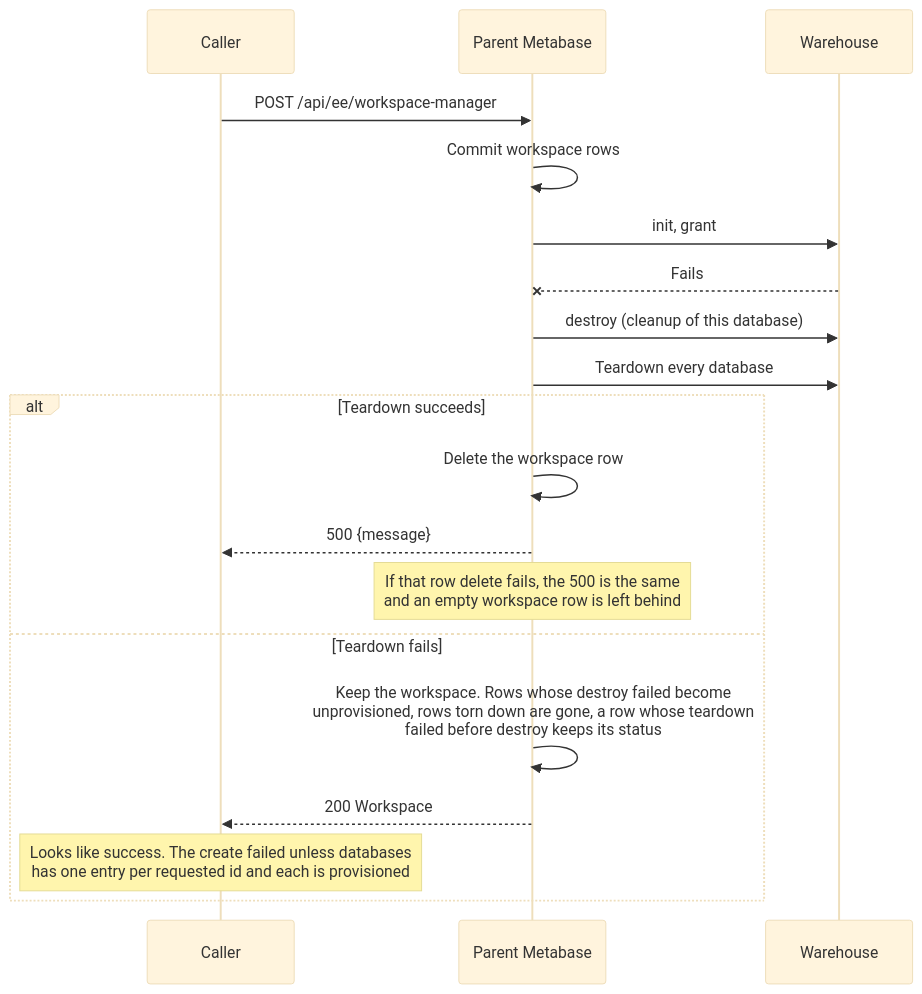
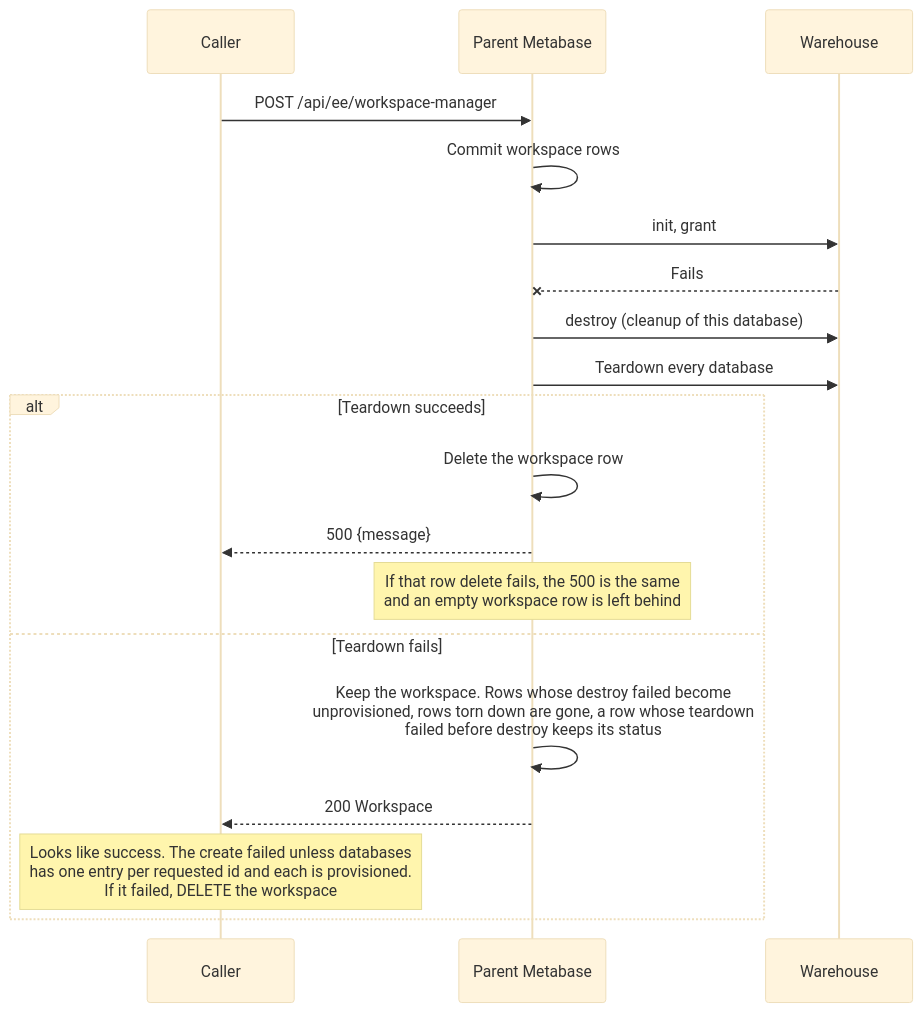
One commit to metabase/metabase changed the second of 7 diagrams in contracts/workspaces/README.md. Above: the diagram before and after it, drawn with Mermaid (base theme). The commit also changed other lines of this file and 2 other files, not shown here.

````diff
--- a/contracts/workspaces/README.md
+++ b/contracts/workspaces/README.md
@@ -55,22 +55,22 @@
 ```mermaid
 sequenceDiagram
     participant C as Caller
     participant P as Parent Metabase
     participant W as Warehouse
 
     C->>P: POST /api/ee/workspace-manager
     P->>P: Commit workspace rows
     P->>W: init, grant
     W--xP: Fails
     P->>W: destroy (cleanup of this database)
     P->>W: Teardown every database
     alt Teardown succeeds
         P->>P: Delete the workspace row
         P-->>C: 500 {message}
         Note over P: If that row delete fails, the 500 is the same<br/>and an empty workspace row is left behind
     else Teardown fails
         P->>P: Keep the workspace. Rows whose destroy failed become<br/>unprovisioned, rows torn down are gone, a row whose teardown<br/>failed before destroy keeps its status
         P-->>C: 200 Workspace
-        Note over C: Looks like success. The create failed unless databases<br/>has one entry per requested id and each is provisioned
+        Note over C: Looks like success. The create failed unless databases<br/>has one entry per requested id and each is provisioned.<br/>If it failed, DELETE the workspace
     end
 ```
````
